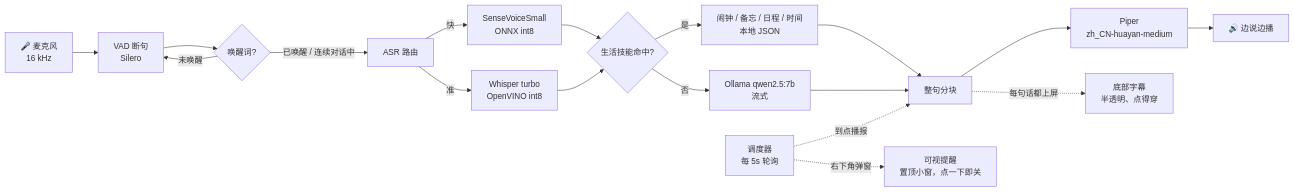
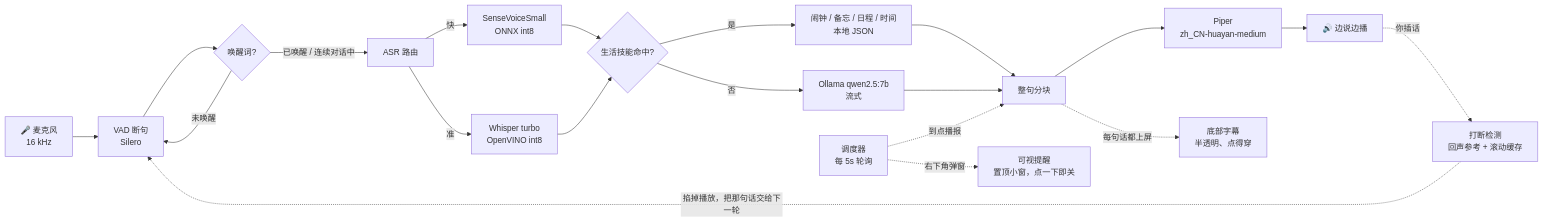
One commit to Azurwolf1024/local_assistant changed the diagram in README.md. Above: the diagram before and after it, drawn with Mermaid. The commit also changed other lines of this file and 11 other files, not shown here.

````diff
--- a/README.md
+++ b/README.md
@@ -14,22 +14,24 @@
 ```mermaid
 flowchart LR
     A["🎤 麦克风<br/>16 kHz"] --> B["VAD 断句<br/>Silero"]
     B --> C{"唤醒词?"}
     C -->|未唤醒| B
     C -->|已唤醒 / 连续对话中| D["ASR 路由"]
     D -->|快| E["SenseVoiceSmall<br/>ONNX int8"]
     D -->|准| F["Whisper turbo<br/>OpenVINO int8"]
     E --> G{"生活技能命中?"}
     F --> G
     G -->|是| H["闹钟 / 备忘 / 日程 / 时间<br/>本地 JSON"]
     G -->|否| I["Ollama qwen2.5:7b<br/>流式"]
     H --> J["整句分块"]
     I --> J
     J --> K["Piper<br/>zh_CN-huayan-medium"]
     K --> L["🔊 边说边播"]
 
     M["调度器<br/>每 5s 轮询"] -. 到点播报 .-> J
     M -. 右下角弹窗 .-> N["可视提醒<br/>置顶小窗，点一下即关"]
 
     J -. 每句话都上屏 .-> O["底部字幕<br/>半透明、点得穿"]
+    L -. 你插话 .-> P["打断检测<br/>回声参考 + 滚动缓存"]
+    P -. 掐掉播放，把那句话交给下一轮 .-> B
 ```
````
